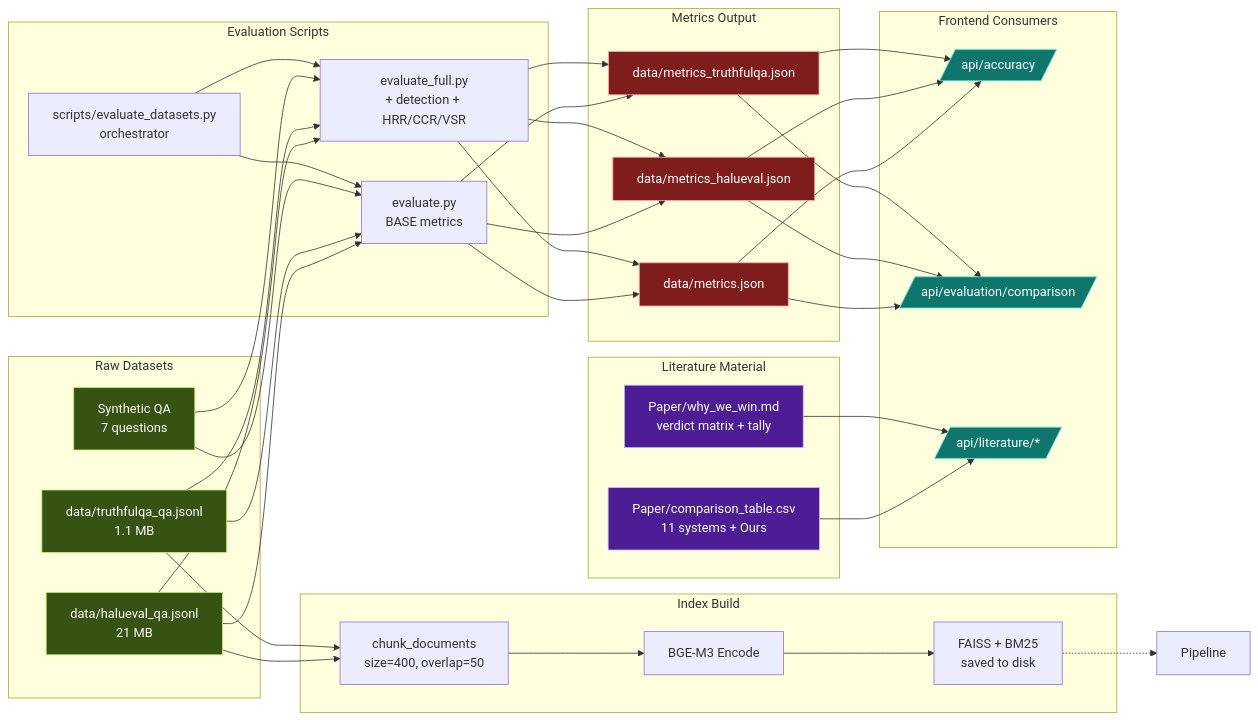
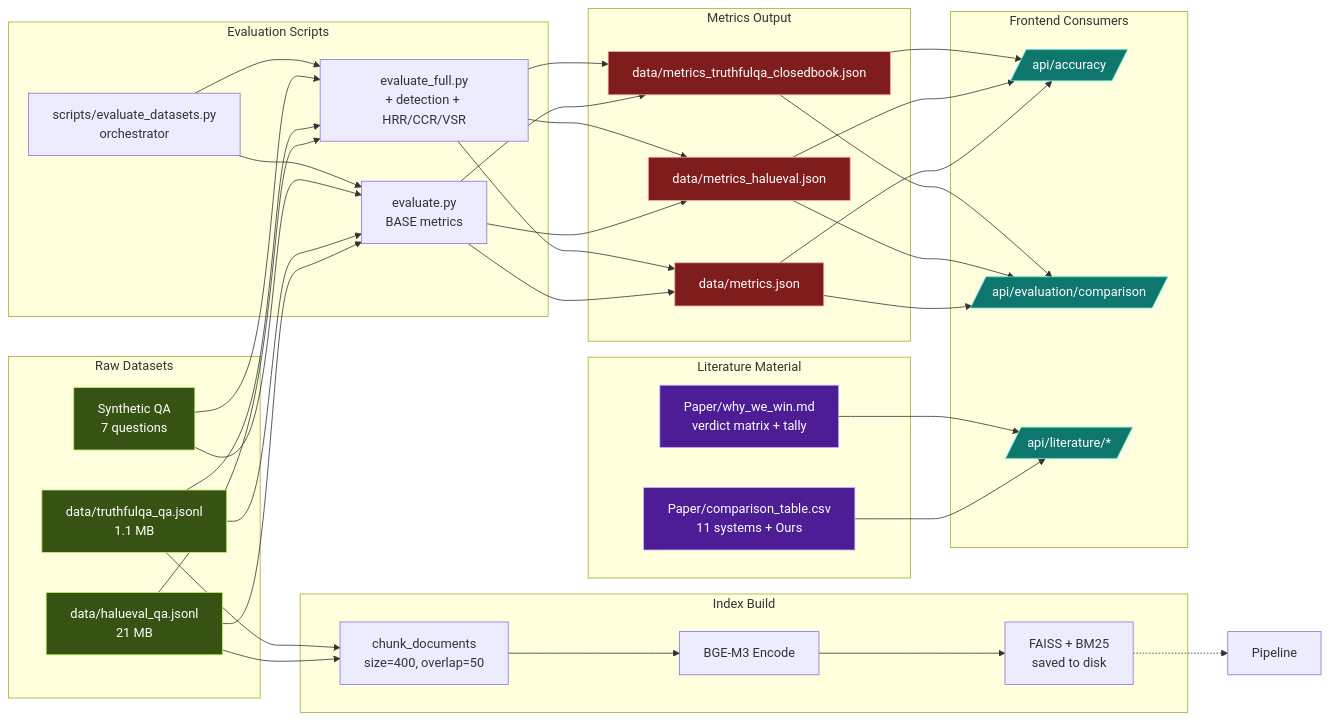
Before and after one commit to ShihabHassanNaim/Hallucination-Mitigation: the seventh of 9 diagrams in architecture.md, drawn with Mermaid. The commit also changed other lines of this file and 8 other files, not shown here.

````diff
--- a/architecture.md
+++ b/architecture.md
@@ -420,64 +420,64 @@
 ```mermaid
 flowchart LR
     subgraph DATASETS[Raw Datasets]
         D1[data/halueval_qa.jsonl<br/>21 MB]
         D2[data/truthfulqa_qa.jsonl<br/>1.1 MB]
         D3[Synthetic QA<br/>7 questions]
     end
 
     subgraph INDEX_BLD[Index Build]
         I1[chunk_documents<br/>size=400, overlap=50]
         I2[BGE-M3 Encode]
         I3[FAISS + BM25<br/>saved to disk]
     end
 
     subgraph EVAL[Evaluation Scripts]
         E1[evaluate.py<br/>BASE metrics]
         E2[evaluate_full.py<br/>+ detection + HRR/CCR/VSR]
         E3[scripts/evaluate_datasets.py<br/>orchestrator]
     end
 
     subgraph METRICS_OUT[Metrics Output]
         M1[data/metrics.json]
         M2[data/metrics_halueval.json]
-        M3[data/metrics_truthfulqa.json]
+        M3[data/metrics_truthfulqa_closedbook.json]
     end
 
     subgraph FRONTEND_USE[Frontend Consumers]
         F1[/api/accuracy/]
         F2[/api/evaluation/comparison/]
         F3[/api/literature/*/]
     end
 
     subgraph LIT[Literature Material]
         L1[Paper/comparison_table.csv<br/>11 systems + Ours]
         L2[Paper/why_we_win.md<br/>verdict matrix + tally]
     end
 
     D1 & D2 & D3 --> E1
     D1 & D2 & D3 --> E2
     E1 --> M1
     E1 --> M2
     E1 --> M3
     E2 --> M2 & M3
     E2 --> M1
     E3 --> E1 & E2
 
     D1 & D2 --> I1
     I1 --> I2
     I2 --> I3
     I3 -.-> PIPE[Pipeline]
 
     M1 & M2 & M3 --> F1
     M1 & M2 & M3 --> F2
     L1 & L2 --> F3
 
     classDef data fill:#365314,stroke:#bef264,color:#fff
     classDef metric fill:#7f1d1d,stroke:#fca5a5,color:#fff
     classDef lit fill:#4c1d95,stroke:#c4b5fd,color:#fff
     classDef front fill:#0f766e,stroke:#5eead4,color:#fff
     class D1,D2,D3 data
     class M1,M2,M3 metric
     class L1,L2 lit
     class F1,F2,F3 front
 ```
````
